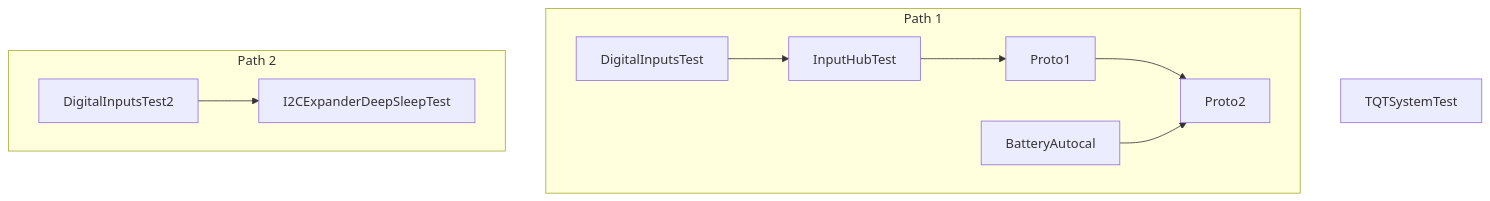
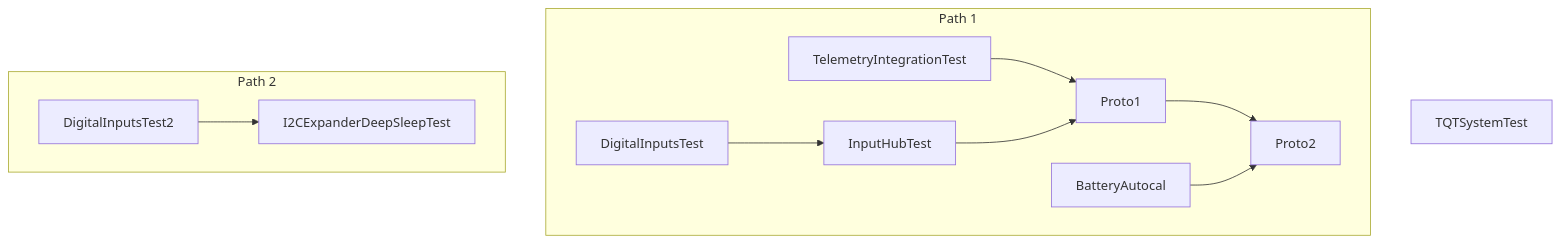
One commit to afpineda/OpenSourceSimWheelESP32 changed the diagram in src/QualityControls/IntegrationTests/README.md. Above: the diagram before and after it, drawn with Mermaid. The commit also changed other lines of this file and 5 other files, not shown here.

Commit message:
Add new integration test

````diff
--- a/src/QualityControls/IntegrationTests/README.md
+++ b/src/QualityControls/IntegrationTests/README.md
@@ -11,11 +11,12 @@
 ```mermaid
 flowchart TD
     subgraph Path 1
+        TelemetryIntegrationTest --> Proto1
         DigitalInputsTest --> InputHubTest --> Proto1 --> Proto2
         BatteryAutocal --> Proto2
     end
     subgraph Path 2
         DigitalInputsTest2 --> I2CExpanderDeepSleepTest
     end
     TQTSystemTest
 ```
````
